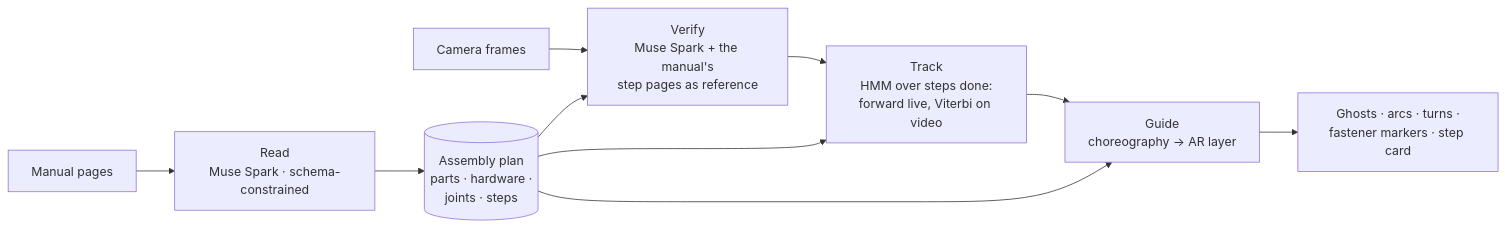
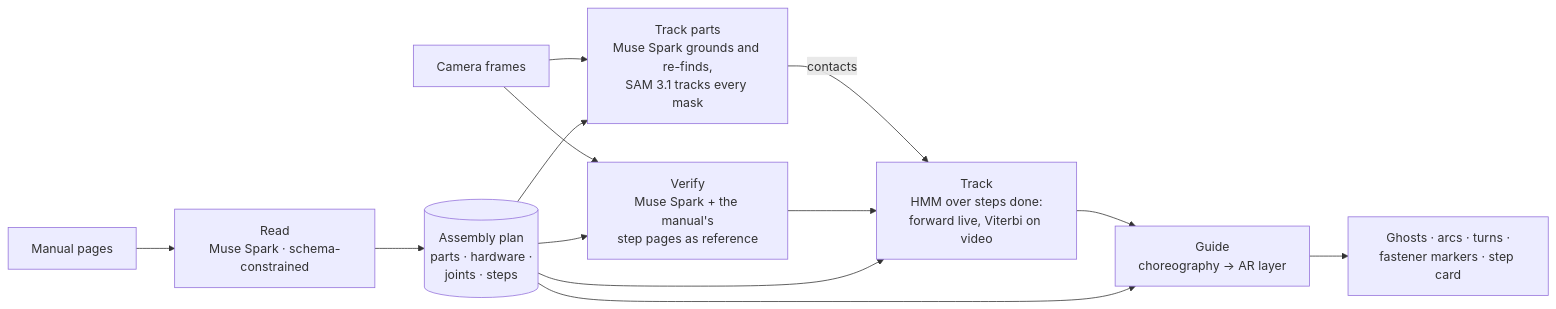
Before and after one commit to DanielTong50/3d-visualization: the diagram in README.md, drawn with Mermaid. The commit also changed other lines of this file, not shown here.

First line of the commit message:
README: part tracking with SAM 3.1, and the numbers on the new sessions

````diff
--- a/README.md
+++ b/README.md
@@ -53,12 +67,15 @@
 ```mermaid
 flowchart LR
     M[Manual pages] --> R[Read<br/>Muse Spark · schema-constrained]
     R --> P[(Assembly plan<br/>parts · hardware ·<br/>joints · steps)]
     C[Camera frames] --> V[Verify<br/>Muse Spark + the manual's<br/>step pages as reference]
     P --> V
+    C --> S[Track parts<br/>Muse Spark grounds and re-finds,<br/>SAM 3.1 tracks every mask]
+    P --> S
+    S -->|contacts| T
     V --> T[Track<br/>HMM over steps done:<br/>forward live, Viterbi on video]
     P --> T
     T --> G[Guide<br/>choreography → AR layer]
     P --> G
     G --> U[Ghosts · arcs · turns ·<br/>fastener markers · step card]
 ```
````
